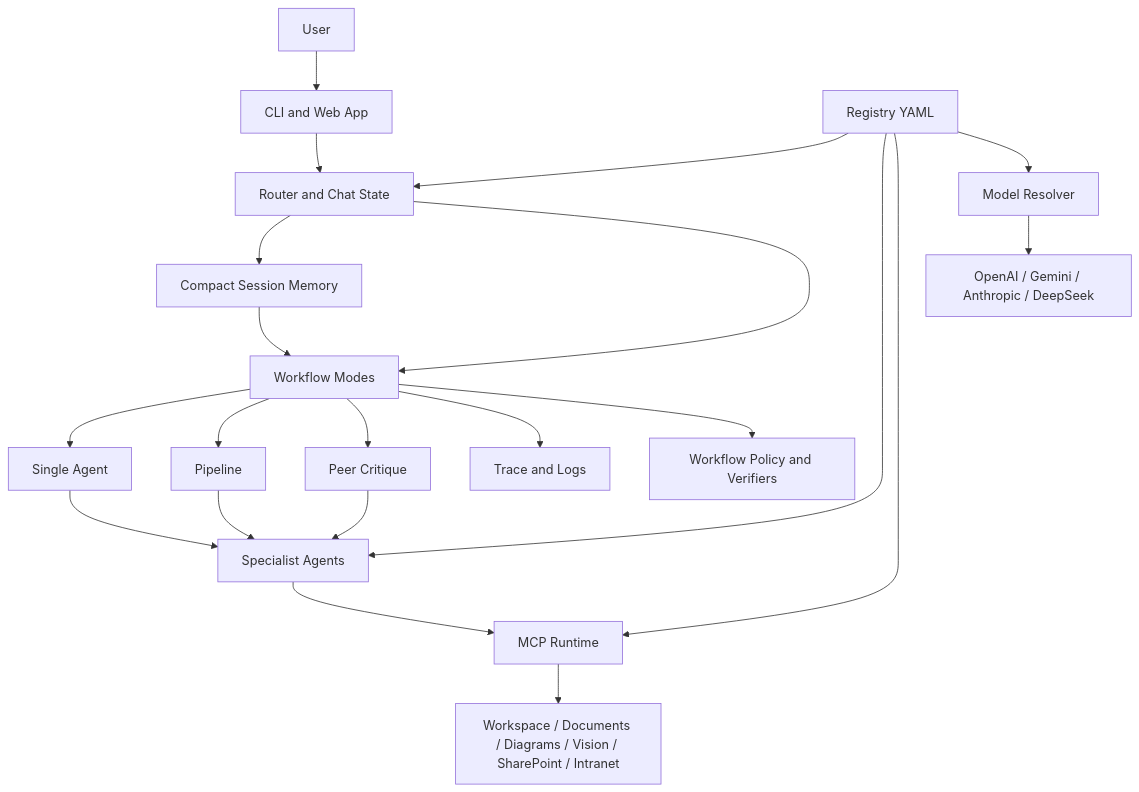
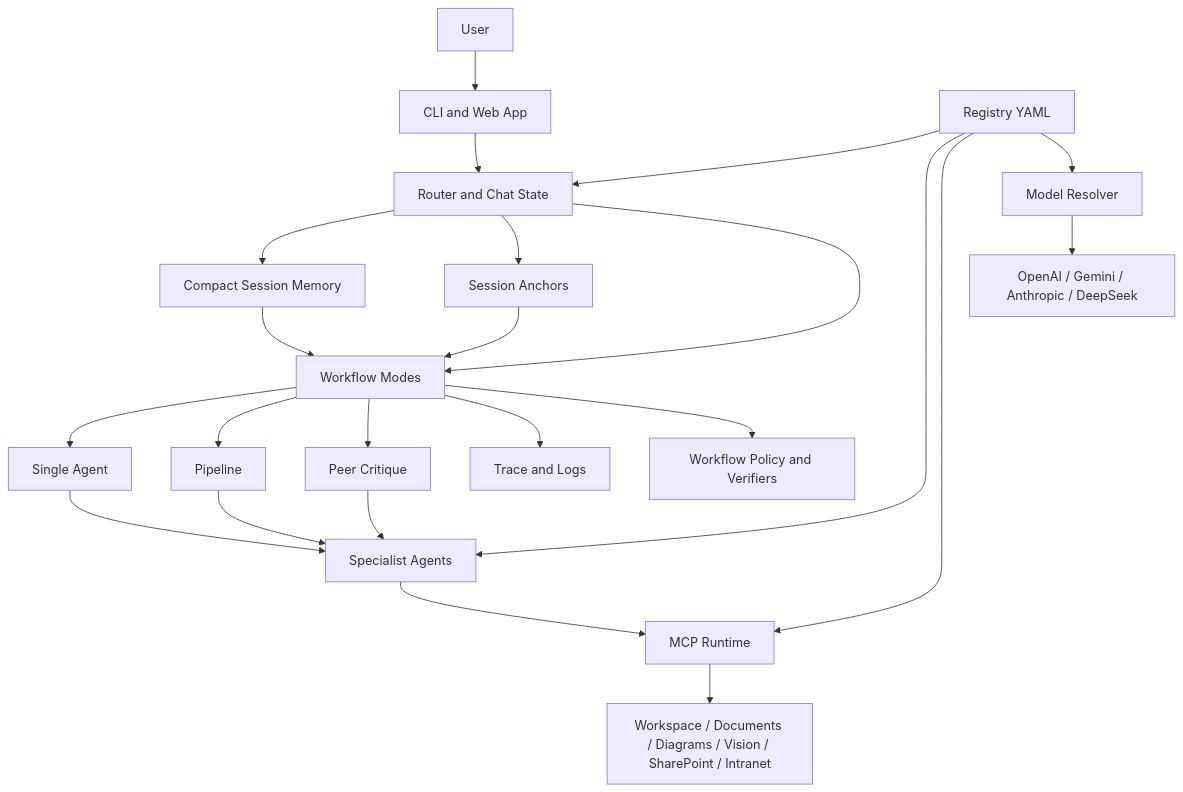
One commit to crissdiamond/crisAI changed the first of 2 diagrams in README.md. Above: the diagram before and after it, drawn with Mermaid. The commit also changed other lines of this file and 15 other files, not shown here.

Commit message:
feat(session): preserve resolved artefact anchors

````diff
--- a/README.md
+++ b/README.md
@@ -30,28 +31,30 @@
 ```mermaid
 flowchart TB
     User[User] --> Surfaces[CLI and Web App]
     Surfaces --> Router[Router and Chat State]
     Router --> SessionMemory[Compact Session Memory]
+    Router --> SessionAnchors[Session Anchors]
     Router --> Workflows[Workflow Modes]
 
     SessionMemory --> Workflows
+    SessionAnchors --> Workflows
     Workflows --> Single[Single Agent]
     Workflows --> Pipeline[Pipeline]
     Workflows --> Peer[Peer Critique]
 
     Single --> Agents[Specialist Agents]
     Pipeline --> Agents
     Peer --> Agents
 
     Registry[Registry YAML] --> Router
     Registry --> Agents
     Registry --> Runtime[MCP Runtime]
     Registry --> Models[Model Resolver]
 
     Agents --> Runtime
     Models --> Providers[OpenAI / Gemini / Anthropic / DeepSeek]
     Runtime --> Sources[Workspace / Documents / Diagrams / Vision / SharePoint / Intranet]
 
     Workflows --> Trace[Trace and Logs]
     Workflows --> Policy[Workflow Policy and Verifiers]
 ```
````
